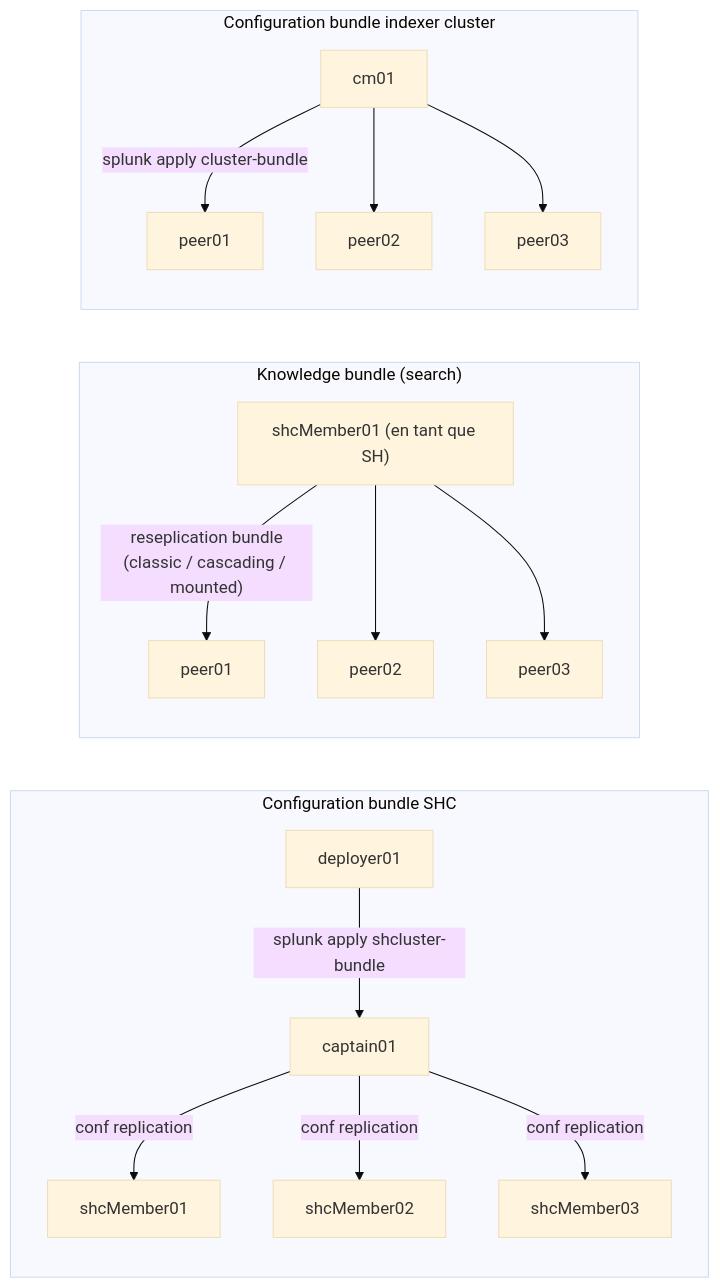
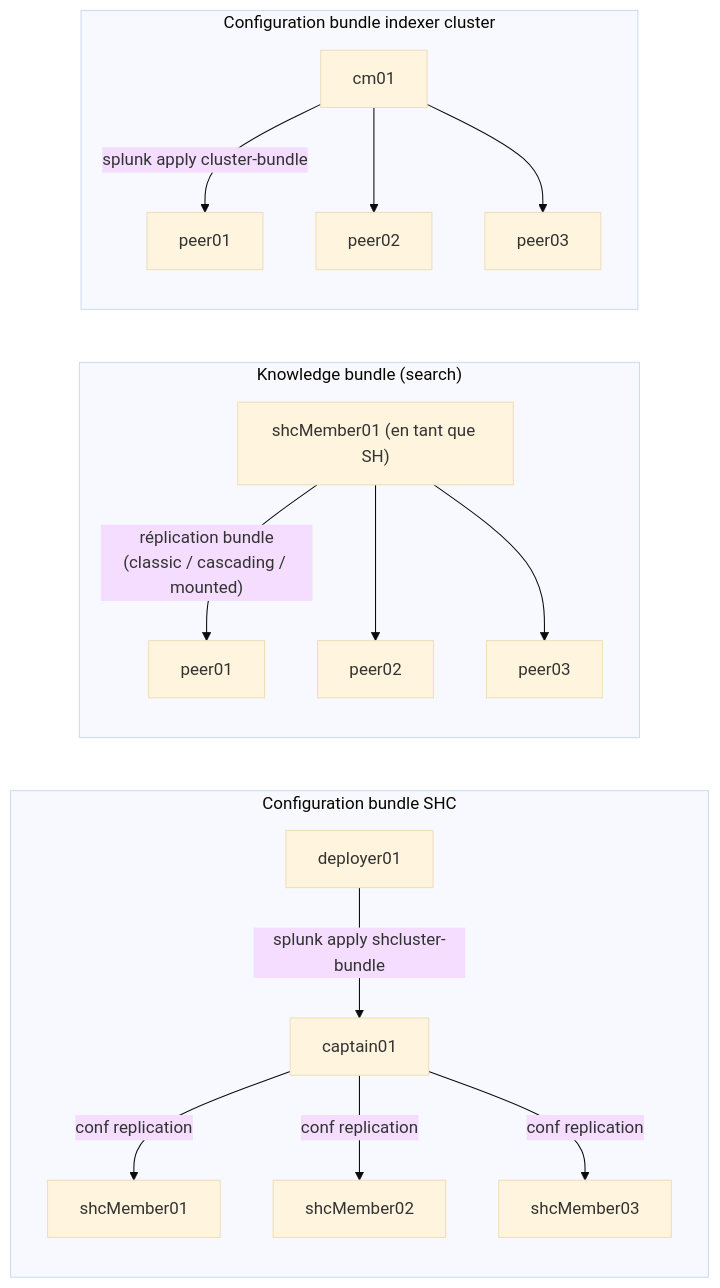
The diagram in handbooks/splunk-shc-knowledge-bundle/00-foundations.md (rafiki31130/knowledge_base), drawn with Mermaid (base theme) before and after one commit. The commit also changed 4 other files, not shown here.

````diff
--- a/handbooks/splunk-shc-knowledge-bundle/00-foundations.md
+++ b/handbooks/splunk-shc-knowledge-bundle/00-foundations.md
@@ -107,37 +107,37 @@
 ```mermaid
 flowchart LR
     subgraph SHCBUNDLE["Configuration bundle SHC"]
       direction TB
       D1["deployer01"]
       CAP1["captain01"]
       M1["shcMember01"]
       M2["shcMember02"]
       M3["shcMember03"]
       D1 -->|"splunk apply shcluster-bundle"| CAP1
       CAP1 -->|"conf replication"| M1
       CAP1 -->|"conf replication"| M2
       CAP1 -->|"conf replication"| M3
     end
 
     subgraph KB["Knowledge bundle (search)"]
       direction TB
       SH1["shcMember01 (en tant que SH)"]
       P1["peer01"]
       P2["peer02"]
       P3["peer03"]
-      SH1 -->|"reseplication bundle<br/>(classic / cascading / mounted)"| P1
+      SH1 -->|"réplication bundle<br/>(classic / cascading / mounted)"| P1
       SH1 --> P2
       SH1 --> P3
     end
 
     subgraph IDXBUNDLE["Configuration bundle indexer cluster"]
       direction TB
       CM["cm01"]
       IP1["peer01"]
       IP2["peer02"]
       IP3["peer03"]
       CM -->|"splunk apply cluster-bundle"| IP1
       CM --> IP2
       CM --> IP3
     end
 ```
````
